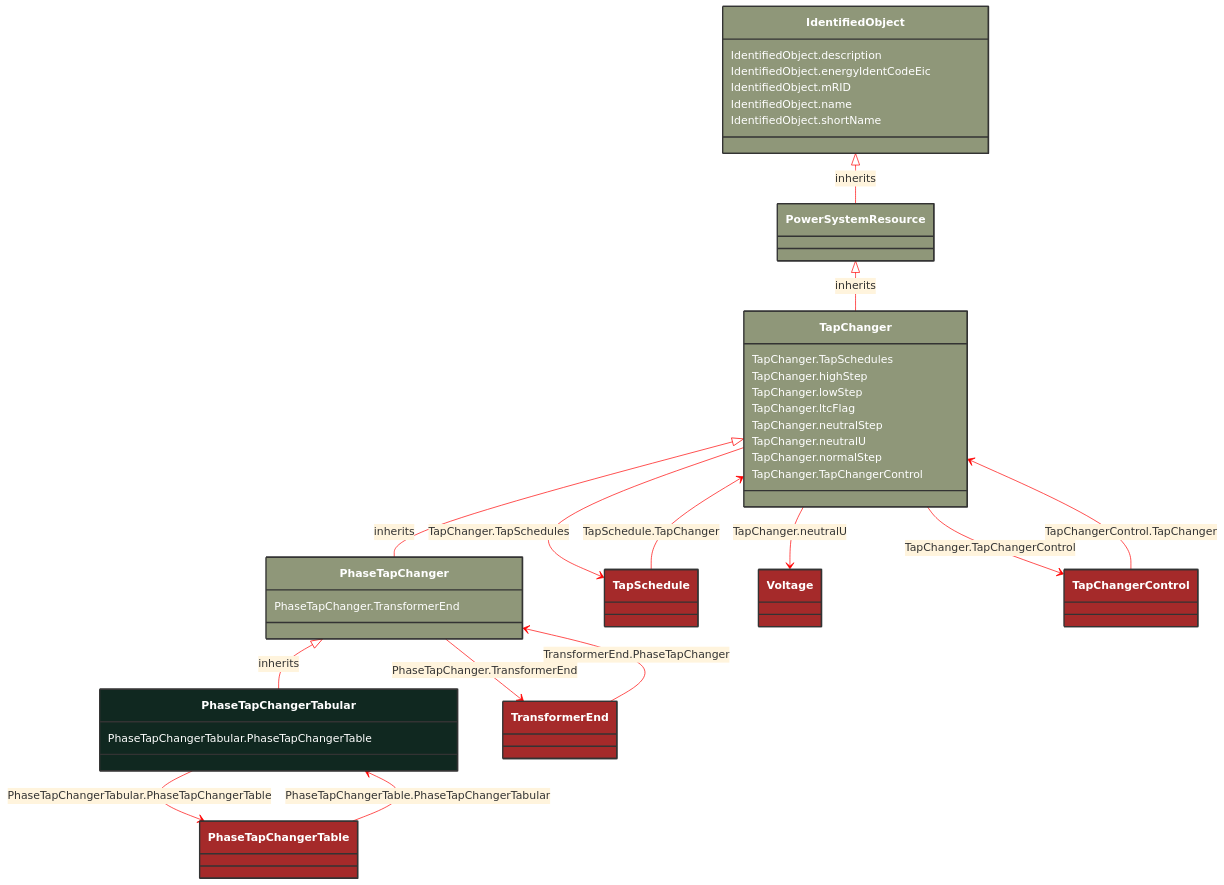
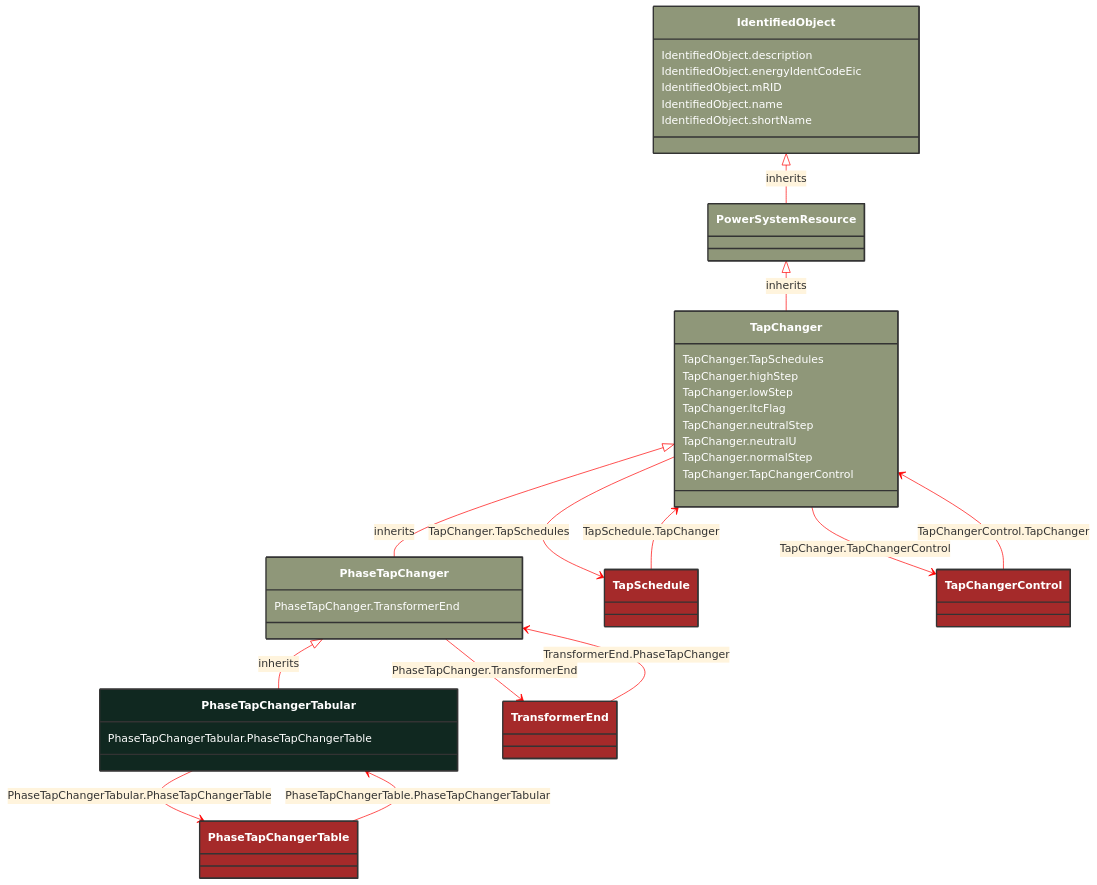
Before and after one commit to 3lbits/NoCIMExtensions: the diagram in docs/Models/Profiles/CoreEquipment/ConcreteClasses/PhaseTapChangerTabular.md, drawn with Mermaid. The commit also changed other lines of this file and 397 other files, not shown here.

First line of the commit message:
Refactor CIM schemas to introduce abstract classes and consolidate data types

```diff
--- a/docs/Models/Profiles/CoreEquipment/ConcreteClasses/PhaseTapChangerTabular.md
+++ b/docs/Models/Profiles/CoreEquipment/ConcreteClasses/PhaseTapChangerTabular.md
@@ -13,19 +13,19 @@
     style PhaseTapChangerTabular fill:#102820,stroke:#333,stroke-width:2px,rx:10,ry:10,color:white
      
         PhaseTapChanger <|-- PhaseTapChangerTabular : inherits
-            click PhaseTapChanger href "/Models/Profiles/CoreEquipment/ConcreteClasses/PhaseTapChanger/"
+            click PhaseTapChanger href "/Models/Profiles/CoreEquipment/AbstractClasses/PhaseTapChanger/"
             style PhaseTapChanger fill:#8F9779,stroke:#333,stroke-width:2px,rx:10,ry:10,color:white
      
         TapChanger <|-- PhaseTapChanger : inherits
-            click TapChanger href "/Models/Profiles/CoreEquipment/ConcreteClasses/TapChanger/"
+            click TapChanger href "/Models/Profiles/CoreEquipment/AbstractClasses/TapChanger/"
             style TapChanger fill:#8F9779,stroke:#333,stroke-width:2px,rx:10,ry:10,color:white
      
         PowerSystemResource <|-- TapChanger : inherits
-            click PowerSystemResource href "/Models/Profiles/CoreEquipment/ConcreteClasses/PowerSystemResource/"
+            click PowerSystemResource href "/Models/Profiles/CoreEquipment/AbstractClasses/PowerSystemResource/"
             style PowerSystemResource fill:#8F9779,stroke:#333,stroke-width:2px,rx:10,ry:10,color:white
      
         IdentifiedObject <|-- PowerSystemResource : inherits
-            click IdentifiedObject href "/Models/Profiles/CoreEquipment/ConcreteClasses/IdentifiedObject/"
+            click IdentifiedObject href "/Models/Profiles/CoreEquipment/AbstractClasses/IdentifiedObject/"
             style IdentifiedObject fill:#8F9779,stroke:#333,stroke-width:2px,rx:10,ry:10,color:white
 
         PhaseTapChangerTabular --> PhaseTapChangerTable : PhaseTapChangerTabular.PhaseTapChangerTable
@@ -36,18 +36,13 @@
         PhaseTapChanger --> TransformerEnd : PhaseTapChanger.TransformerEnd
 
         TransformerEnd
-            click TransformerEnd href "/Models/Profiles/CoreEquipment/ConcreteClasses/TransformerEnd/"
+            click TransformerEnd href "/Models/Profiles/CoreEquipment/AbstractClasses/TransformerEnd/"
             style TransformerEnd fill:#A52A2A,stroke:#333,stroke-width:2px,rx:10,ry:10,color:white
         TapChanger --> TapSchedule : TapChanger.TapSchedules
 
         TapSchedule
-            click TapSchedule href "/Models/Profiles/CoreEquipment/ConcreteClasses/TapSchedule/"
+            click TapSchedule href "/Models/Profiles/CoreEquipment/AbstractClasses/TapSchedule/"
             style TapSchedule fill:#A52A2A,stroke:#333,stroke-width:2px,rx:10,ry:10,color:white
-        TapChanger --> Voltage : TapChanger.neutralU
-
-        Voltage
-            click Voltage href "/Models/Profiles/CoreEquipment/ConcreteClasses/Voltage/"
-            style Voltage fill:#A52A2A,stroke:#333,stroke-width:2px,rx:10,ry:10,color:white
         TapChanger --> TapChangerControl : TapChanger.TapChangerControl
 
         TapChangerControl
@@ -57,7 +52,7 @@
         TapSchedule --> TapChanger : TapSchedule.TapChanger
 
         TapSchedule
-            click TapSchedule href "/Models/Profiles/CoreEquipment/ConcreteClasses/TapSchedule/"
+            click TapSchedule href "/Models/Profiles/CoreEquipment/AbstractClasses/TapSchedule/"
             style TapSchedule fill:#A52A2A,stroke:#333,stroke-width:2px,rx:10,ry:10,color:white
 
         PhaseTapChangerTable --> PhaseTapChangerTabular : PhaseTapChangerTable.PhaseTapChangerTabular
@@ -75,7 +70,7 @@
         TransformerEnd --> PhaseTapChanger : TransformerEnd.PhaseTapChanger
 
         TransformerEnd
-            click TransformerEnd href "/Models/Profiles/CoreEquipment/ConcreteClasses/TransformerEnd/"
+            click TransformerEnd href "/Models/Profiles/CoreEquipment/AbstractClasses/TransformerEnd/"
             style TransformerEnd fill:#A52A2A,stroke:#333,stroke-width:2px,rx:10,ry:10,color:white
 
 
```
